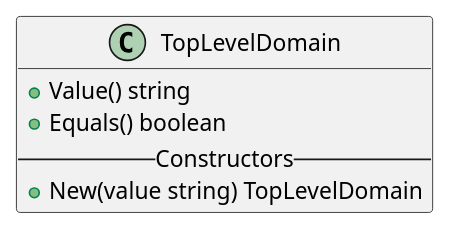
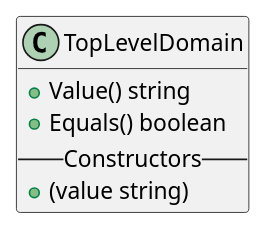
Before and after one commit to attestify/kernel-specification: the diagram in diagrams/uri/top-level-domain.puml, drawn with PlantUML.

Commit message:
removed New.. and TopLevelDomain... from class, they are unnecessary

```diff
--- a/diagrams/uri/top-level-domain.puml
+++ b/diagrams/uri/top-level-domain.puml
@@ -1,10 +1,10 @@
 @startuml
 
 class TopLevelDomain {
 + Value() string
 + Equals() boolean
 -- Constructors --
-+ New(value string) TopLevelDomain
++ (value string)
 }
 
 @enduml
```
